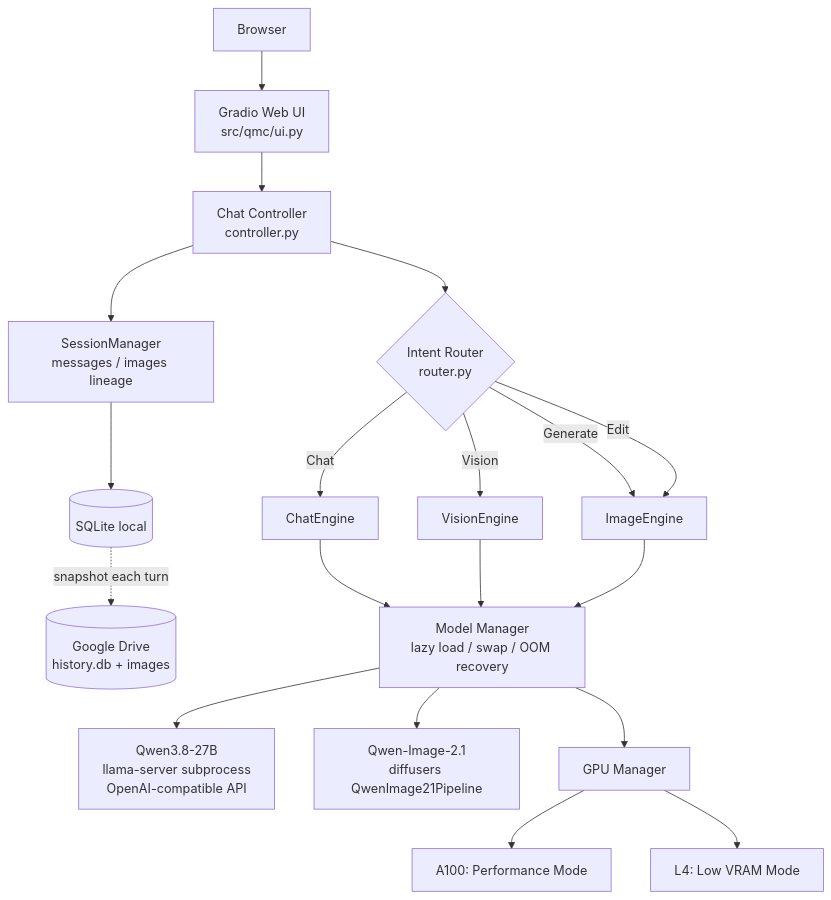
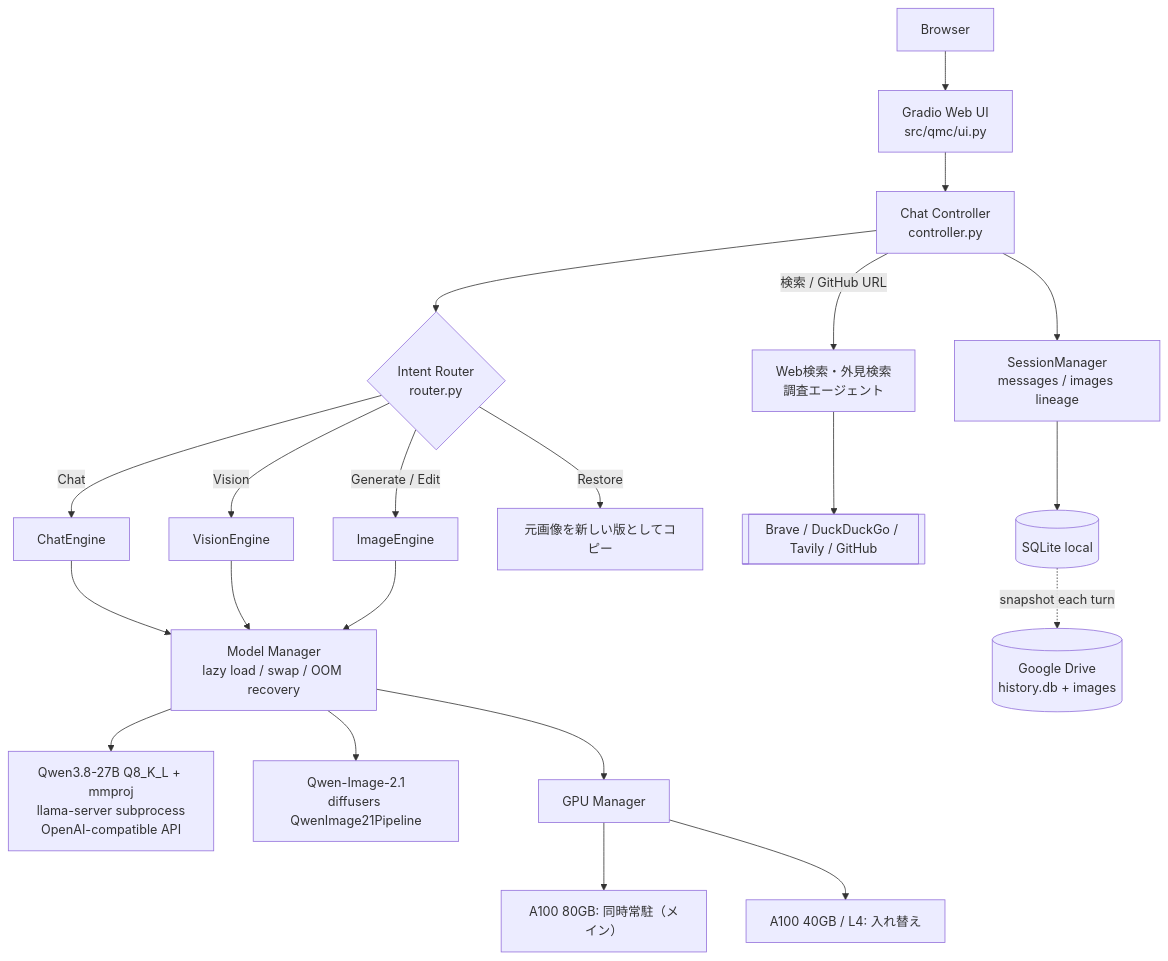
The diagram in TECHNICAL.md (moruku36/qwen-multimodal), drawn with Mermaid before and after one commit. The commit also changed other lines of this file and 2 other files, not shown here.

Commit message:
docs: refresh README and add architecture diagrams
- README: model/architecture overview with diagram, Q8_K_L recommended config, research agent section and env vars, image defaults, updated English summary
- docs/architecture.md: system, turn flow, image generation (appearance search), chat/agent, GPU placement, storage, module map (Mermaid)
- TECHNICAL.md: updated architecture diagram and module table

Claude-Session: https://claude.ai/code/session_014SGkibzAJeJYSAdpms3VEB

````diff
--- a/TECHNICAL.md
+++ b/TECHNICAL.md
@@ -37,21 +39,23 @@
 ```mermaid
 flowchart TD
     B[Browser] --> UI[Gradio Web UI<br/>src/qmc/ui.py]
     UI --> C[Chat Controller<br/>controller.py]
     C --> R{Intent Router<br/>router.py}
     R -->|Chat| CE[ChatEngine]
     R -->|Vision| VE[VisionEngine]
-    R -->|Generate| IE[ImageEngine]
-    R -->|Edit| IE
+    R -->|Generate / Edit| IE[ImageEngine]
+    R -->|Restore| RS[元画像を新しい版としてコピー]
+    C -->|検索 / GitHub URL| SA[Web検索・外見検索<br/>調査エージェント]
+    SA --> Web[[Brave / DuckDuckGo / Tavily / GitHub]]
     C --> SM[SessionManager<br/>messages / images lineage]
     SM --> DB[(SQLite local)]
     DB -. snapshot each turn .-> GD[(Google Drive<br/>history.db + images)]
     CE --> MM[Model Manager<br/>lazy load / swap / OOM recovery]
     VE --> MM
     IE --> MM
-    MM --> Q27[Qwen3.8-27B<br/>llama-server subprocess<br/>OpenAI-compatible API]
+    MM --> Q27[Qwen3.8-27B Q8_K_L + mmproj<br/>llama-server subprocess<br/>OpenAI-compatible API]
     MM --> QI[Qwen-Image-2.1<br/>diffusers QwenImage21Pipeline]
     MM --> GM[GPU Manager]
-    GM --> A100[A100: Performance Mode]
-    GM --> L4[L4: Low VRAM Mode]
+    GM --> A100[A100 80GB: 同時常駐（メイン）]
+    GM --> A40[A100 40GB / L4: 入れ替え]
 ```
````
